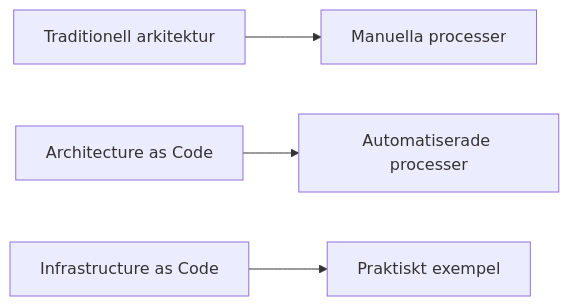
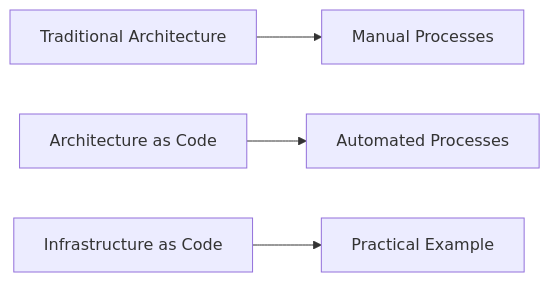
Before and after one commit to Geonitab/architecture_as_code: the diagram in docs/images/diagram_01_inledning.mmd, drawn with Mermaid. The commit also changed 7 other files, not shown here.

Commit message:
Translate 8 Mermaid diagram files from Swedish to English

```diff
--- a/docs/images/diagram_01_inledning.mmd
+++ b/docs/images/diagram_01_inledning.mmd
@@ -1,4 +1,4 @@
 graph LR
-    A[Traditionell arkitektur] --> B[Manuella processer]
-    C[Architecture as Code] --> D[Automatiserade processer] 
-    E[Infrastructure as Code] --> F[Praktiskt exempel]
+    A[Traditional Architecture] --> B[Manual Processes]
+    C[Architecture as Code] --> D[Automated Processes] 
+    E[Infrastructure as Code] --> F[Practical Example]
```
